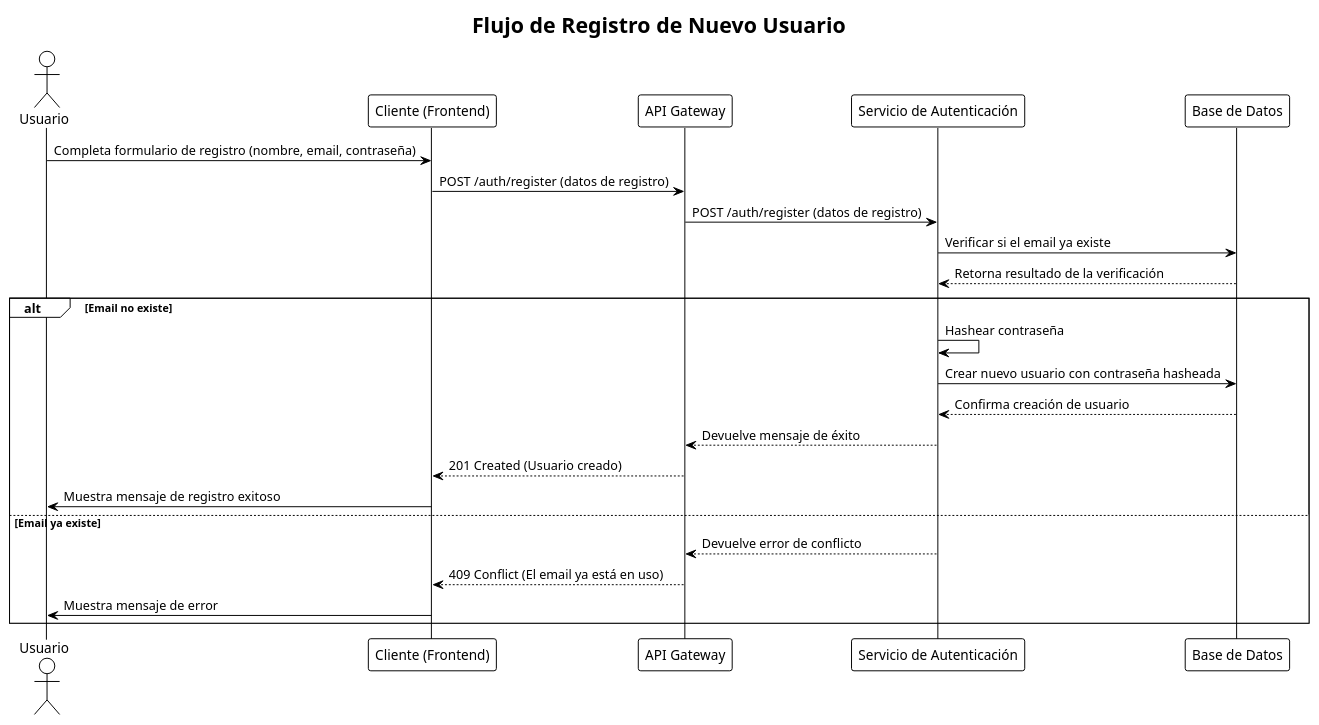
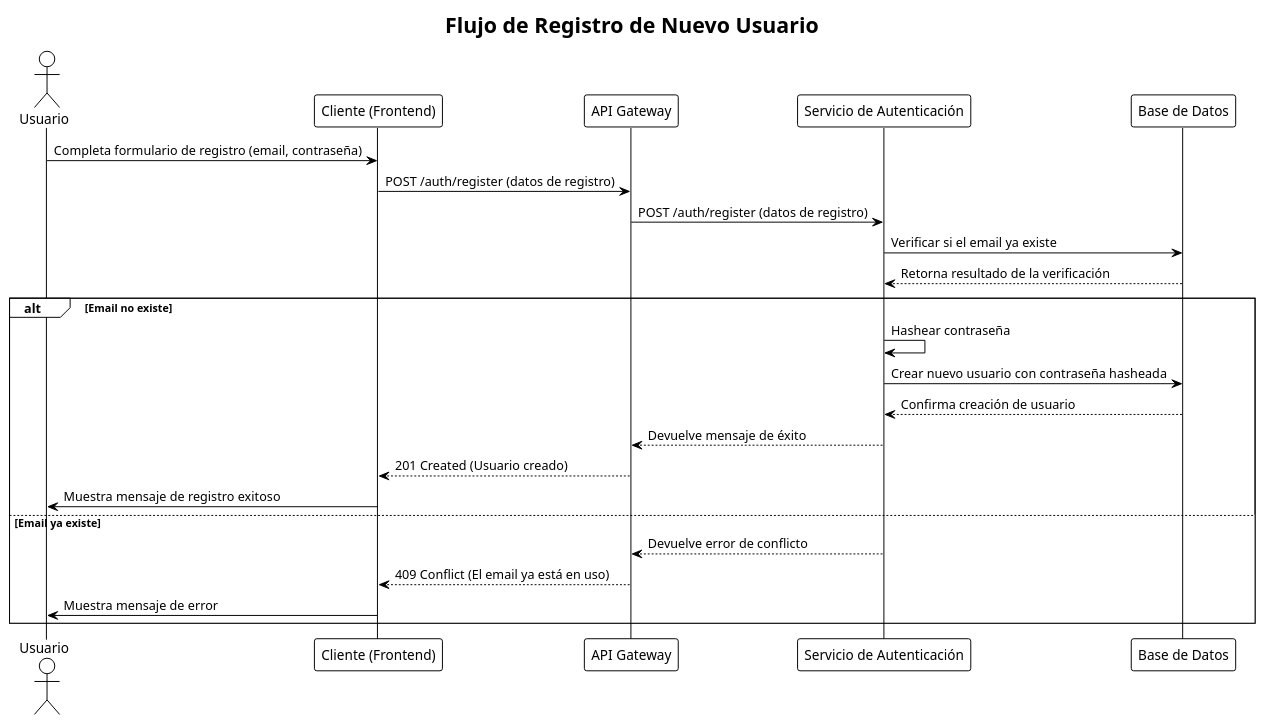
The diagram in docs/diagrams/autenticacion/sequence_registro.puml (Deivi92/mina-control-api), drawn with PlantUML before and after one commit. The commit also changed 19 other files, not shown here.

```diff
--- a/docs/diagrams/autenticacion/sequence_registro.puml
+++ b/docs/diagrams/autenticacion/sequence_registro.puml
@@ -1,32 +1,32 @@
 @startuml sequence_registro
 !theme plain
 
 title "Flujo de Registro de Nuevo Usuario"
 
 actor Usuario
 participant "Cliente (Frontend)" as Cliente
 participant "API Gateway" as Gateway
 participant "Servicio de Autenticación" as AuthServer
 participant "Base de Datos" as DB
 
-Usuario -> Cliente: Completa formulario de registro (nombre, email, contraseña)
+Usuario -> Cliente: Completa formulario de registro (email, contraseña)
 Cliente -> Gateway: POST /auth/register (datos de registro)
 Gateway -> AuthServer: POST /auth/register (datos de registro)
 
 AuthServer -> DB: Verificar si el email ya existe
 DB --> AuthServer: Retorna resultado de la verificación
 
 alt Email no existe
     AuthServer -> AuthServer: Hashear contraseña
     AuthServer -> DB: Crear nuevo usuario con contraseña hasheada
     DB --> AuthServer: Confirma creación de usuario
     AuthServer --> Gateway: Devuelve mensaje de éxito
     Gateway --> Cliente: 201 Created (Usuario creado)
     Cliente -> Usuario: Muestra mensaje de registro exitoso
 else Email ya existe
     AuthServer --> Gateway: Devuelve error de conflicto
     Gateway --> Cliente: 409 Conflict (El email ya está en uso)
     Cliente -> Usuario: Muestra mensaje de error
 end
 
 @enduml
```
